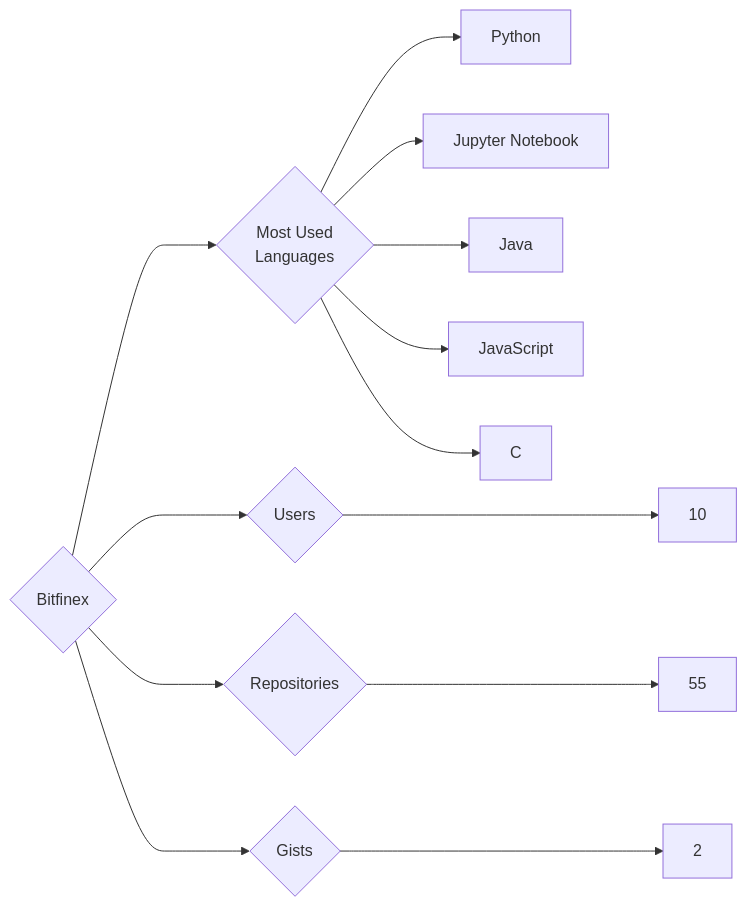
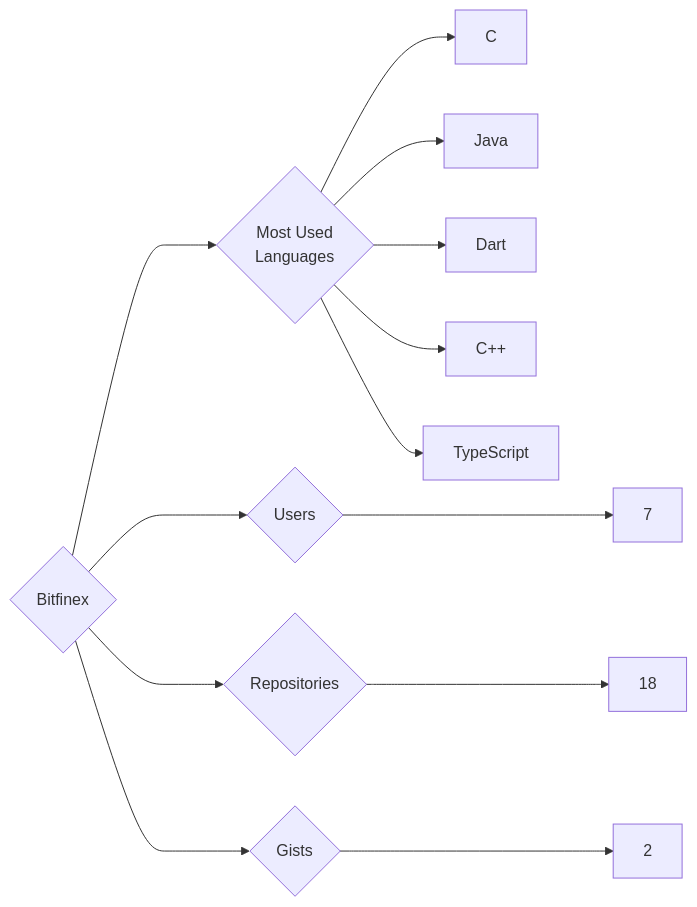
Before and after one commit to trickest/insiders: the diagram in targets/Bitfinex/README.md, drawn with Mermaid. The commit also changed 1175 other files, not shown here.

````diff
--- a/targets/Bitfinex/README.md
+++ b/targets/Bitfinex/README.md
@@ -3,13 +3,13 @@
 ```mermaid
 graph LR
 COMPANY_NAME{Bitfinex}
-COMPANY_NAME ---> U{Users} ---> UN[10]
-COMPANY_NAME ---> R{Repositories} ---> RN[55]
+COMPANY_NAME ---> U{Users} ---> UN[7]
+COMPANY_NAME ---> R{Repositories} ---> RN[18]
 COMPANY_NAME ---> G{Gists} ---> GN[2]
 COMPANY_NAME ---> ML{Most Used<br>Languages}
-ML --> Python[Python]
-ML --> Jupyter_Notebook[Jupyter Notebook]
+ML --> C[C]
 ML --> Java[Java]
-ML --> JavaScript[JavaScript]
-ML --> C[C]
+ML --> Dart[Dart]
+ML --> C++[C++]
+ML --> TypeScript[TypeScript]
 ```
````
